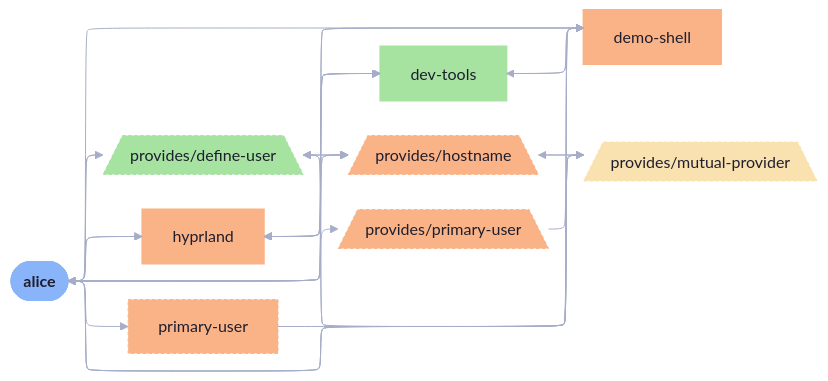
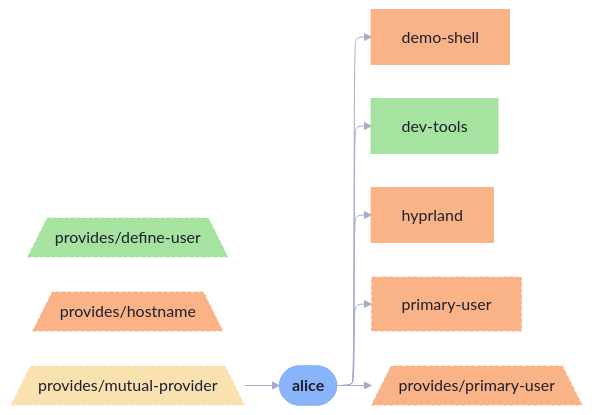
Before and after one commit to sini/den: the diagram in templates/diag-fx-demo/diagrams/angle-brackets-alice-simple.md, drawn with Mermaid. The commit also changed 849 other files, not shown here.

Commit message:
chore: update fx diagrams

````diff
--- a/templates/diag-fx-demo/diagrams/angle-brackets-alice-simple.md
+++ b/templates/diag-fx-demo/diagrams/angle-brackets-alice-simple.md
@@ -5,53 +5,31 @@
 ```mermaid
 %%{init: {"elk":{"mergeEdges":true,"nodePlacementStrategy":"BRANDES_KOEPF"},"layout":"elk","theme":"base","themeVariables":{"activationBkgColor":"#313244","activationBorderColor":"#6c7086","actorBkg":"#313244","actorBorder":"#a6adc8","actorLineColor":"#a6adc8","actorTextColor":"#cdd6f4","background":"#1e1e2e","classText":"#cdd6f4","clusterBkg":"#313244","clusterBorder":"#6c7086","edgeLabelBackground":"#1e1e2e","labelBoxBkgColor":"#313244","labelBoxBorderColor":"#a6adc8","labelTextColor":"#cdd6f4","lineColor":"#a6adc8","loopTextColor":"#cdd6f4","mainBkg":"#313244","nodeBkg":"#313244","nodeBorder":"#a6adc8","nodeTextColor":"#cdd6f4","noteBkgColor":"#313244","noteBorderColor":"#6c7086","noteTextColor":"#cdd6f4","pie1":"#f38ba8","pie2":"#fab387","pie3":"#f9e2af","pie4":"#a6e3a1","pie5":"#94e2d5","pie6":"#89b4fa","pie7":"#cba6f7","pie8":"#f2cdcd","pieLegendTextColor":"#cdd6f4","pieOuterStrokeColor":"#6c7086","pieSectionTextColor":"#cdd6f4","pieStrokeColor":"#6c7086","pieTitleTextColor":"#cdd6f4","primaryBorderColor":"#a6adc8","primaryColor":"#313244","primaryTextColor":"#cdd6f4","secondBkg":"#313244","secondaryBorderColor":"#6c7086","secondaryColor":"#313244","secondaryTextColor":"#cdd6f4","sequenceNumberColor":"#1e1e2e","signalColor":"#a6adc8","signalTextColor":"#cdd6f4","tertiaryBorderColor":"#6c7086","tertiaryColor":"#313244","tertiaryTextColor":"#cdd6f4","textColor":"#cdd6f4","titleColor":"#cdd6f4"}}}%%
 graph LR
   alice([alice]):::root
   den__provides__define_user[/"provides/define-user"\]:::den__provides__define_user_c
   demo_shell["demo-shell"]:::demo_shell_c
   dev_tools["dev-tools"]:::dev_tools_c
   den__provides__hostname[/"provides/hostname"\]:::den__provides__hostname_c
   hyprland["hyprland"]:::hyprland_c
   den__provides__mutual_provider[/"provides/mutual-provider"\]:::den__provides__mutual_provider_c
   primary_user["primary-user"]:::primary_user_c
   den__provides__primary_user[/"provides/primary-user"\]:::den__provides__primary_user_c
 
   alice --> demo_shell
   alice --> dev_tools
   alice --> hyprland
   alice --> primary_user
   alice --> den__provides__primary_user
-  alice --> den__provides__define_user
-  alice --> den__provides__hostname
-  alice --> den__provides__mutual_provider
-  den__provides__mutual_provider --> den__provides__define_user
-  den__provides__mutual_provider --> den__provides__hostname
   den__provides__mutual_provider --> alice
-  den__provides__hostname --> den__provides__define_user
-  den__provides__define_user --> den__provides__hostname
-  den__provides__define_user --> den__provides__mutual_provider
-  den__provides__hostname --> den__provides__mutual_provider
-  den__provides__define_user --> alice
-  den__provides__hostname --> alice
-  demo_shell --> hyprland
-  demo_shell --> alice
-  demo_shell --> dev_tools
-  den__provides__primary_user --> demo_shell
-  dev_tools --> alice
-  dev_tools --> demo_shell
-  dev_tools --> hyprland
-  hyprland --> dev_tools
-  hyprland --> alice
-  hyprland --> demo_shell
-  primary_user --> demo_shell
 
   classDef root fill:#89b4fa,stroke:#89b4fa,color:#1e1e2e,font-weight:bold
   classDef alice_c fill:#fab387,stroke:#fab387,color:#1e1e2e,stroke-width:2px
   classDef den__provides__define_user_c fill:#a6e3a1,stroke:#a6e3a1,color:#1e1e2e,stroke-dasharray: 3 3,stroke-width:1px
   classDef demo_shell_c fill:#fab387,stroke:#fab387,color:#1e1e2e,stroke-width:2px
   classDef dev_tools_c fill:#a6e3a1,stroke:#a6e3a1,color:#1e1e2e,stroke-width:2px
   classDef den__provides__hostname_c fill:#fab387,stroke:#fab387,color:#1e1e2e,stroke-dasharray: 3 3,stroke-width:1px
   classDef hyprland_c fill:#fab387,stroke:#fab387,color:#1e1e2e,stroke-width:2px
   classDef den__provides__mutual_provider_c fill:#f9e2af,stroke:#f9e2af,color:#1e1e2e,stroke-dasharray: 3 3,stroke-width:1px
   classDef primary_user_c fill:#fab387,stroke:#fab387,color:#1e1e2e,stroke-dasharray: 3 3,stroke-width:1px
   classDef den__provides__primary_user_c fill:#fab387,stroke:#fab387,color:#1e1e2e,stroke-dasharray: 3 3,stroke-width:1px
 ```
````
